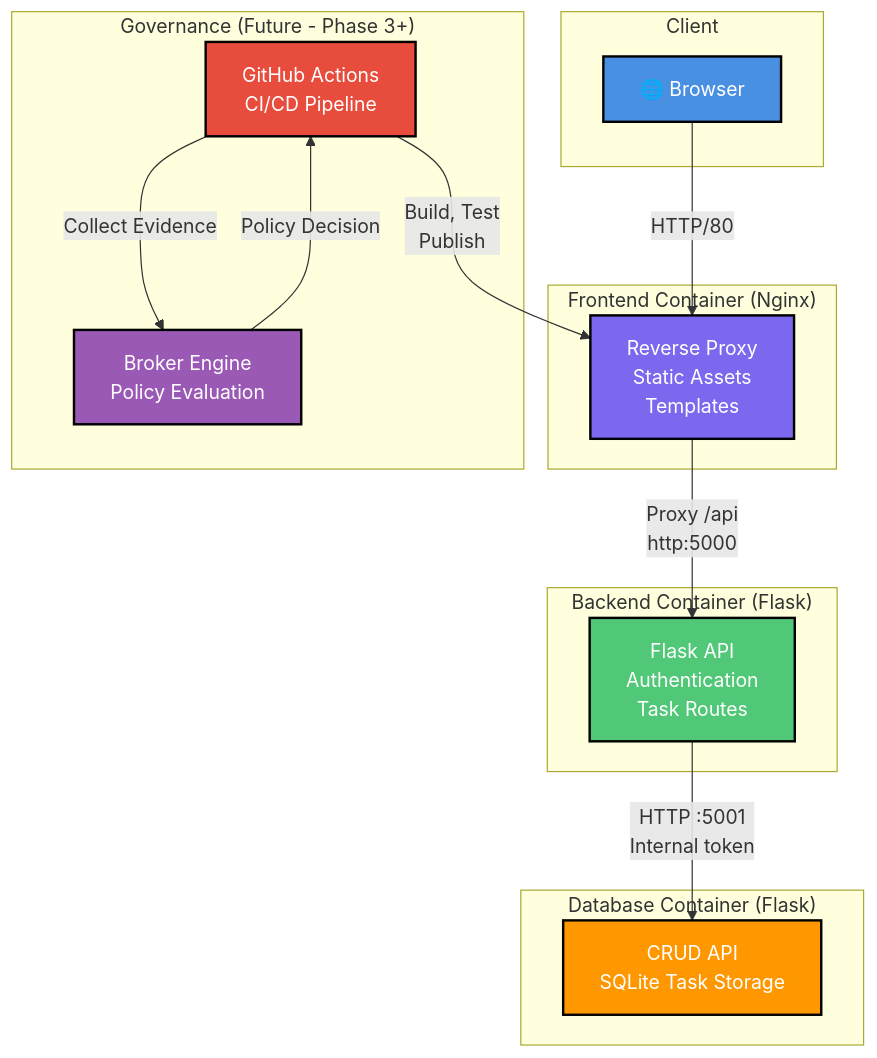
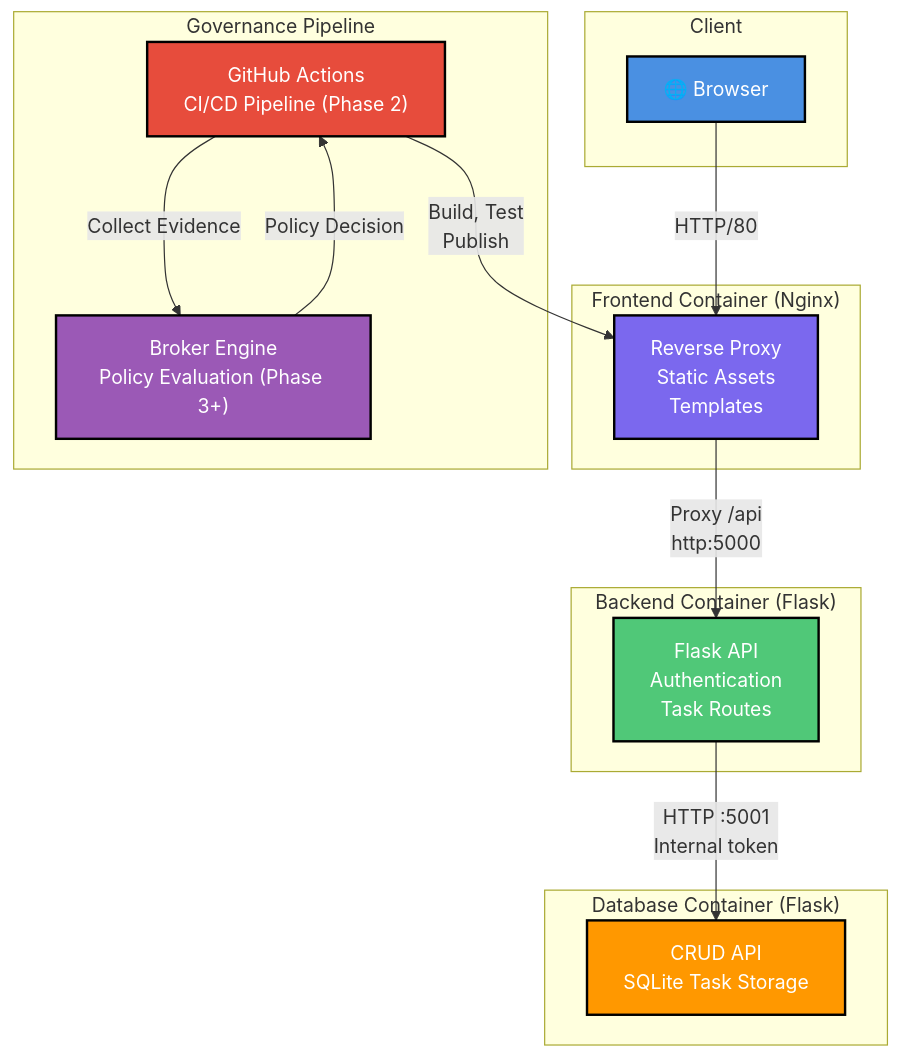
Before and after one commit to Georges034302/DRA2.0-POC-Demo-app: the first of 3 diagrams in docs/architecture.md, drawn with Mermaid. The commit also changed other lines of this file and 7 other files, not shown here.

````diff
--- a/docs/architecture.md
+++ b/docs/architecture.md
@@ -16,37 +16,37 @@
 ```mermaid
 graph TB
     subgraph Client["Client"]
         Browser["🌐 Browser"]
     end
     
     subgraph Frontend["Frontend Container (Nginx)"]
         FE["Reverse Proxy<br/>Static Assets<br/>Templates"]
     end
     
     subgraph Backend["Backend Container (Flask)"]
         API["Flask API<br/>Authentication<br/>Task Routes"]
     end
 
     subgraph Database["Database Container (Flask)"]
         DB["CRUD API<br/>SQLite Task Storage"]
     end
     
-    subgraph Governance["Governance (Future - Phase 3+)"]
-        CI["GitHub Actions<br/>CI/CD Pipeline"]
-        Broker["Broker Engine<br/>Policy Evaluation"]
+    subgraph Governance["Governance Pipeline"]
+        CI["GitHub Actions<br/>CI/CD Pipeline (Phase 2)"]
+        Broker["Broker Engine<br/>Policy Evaluation (Phase 3+)"]
     end
     
     Browser -->|HTTP/80| FE
     FE -->|Proxy /api<br/>http:5000| API
     API -->|HTTP :5001<br/>Internal token| DB
     CI -->|Build, Test<br/>Publish| FE
     CI -->|Collect Evidence| Broker
     Broker -->|Policy Decision| CI
     
     style Browser fill:#4A90E2,stroke:#000,stroke-width:2px,color:#fff
     style FE fill:#7B68EE,stroke:#000,stroke-width:2px,color:#fff
     style API fill:#50C878,stroke:#000,stroke-width:2px,color:#fff
     style DB fill:#FF9800,stroke:#000,stroke-width:2px,color:#fff
     style CI fill:#E74C3C,stroke:#000,stroke-width:2px,color:#fff
     style Broker fill:#9B59B6,stroke:#000,stroke-width:2px,color:#fff
 ```
````
